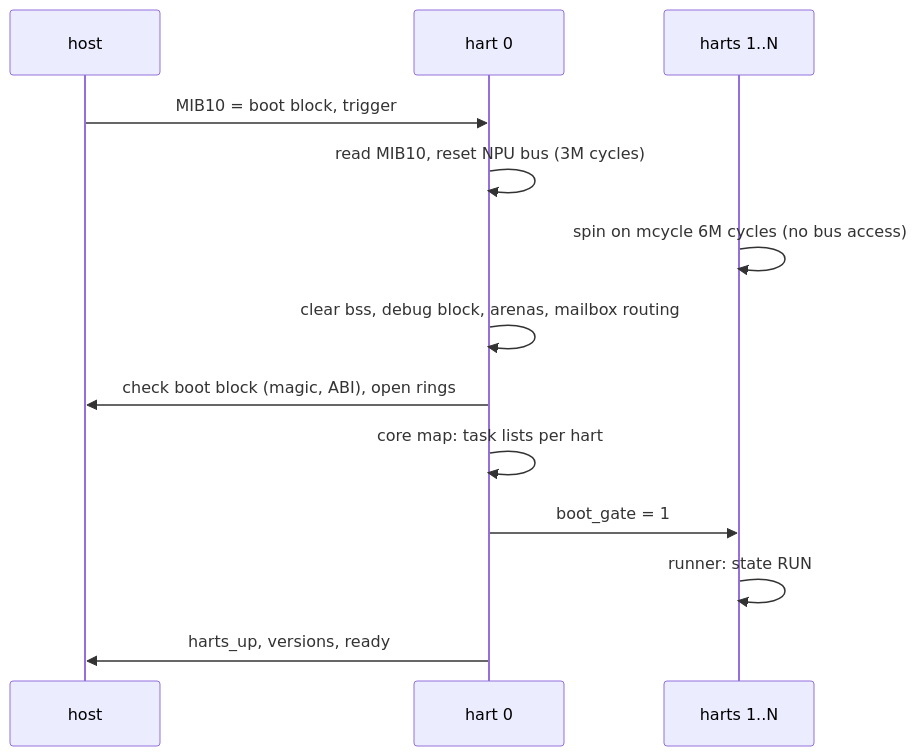
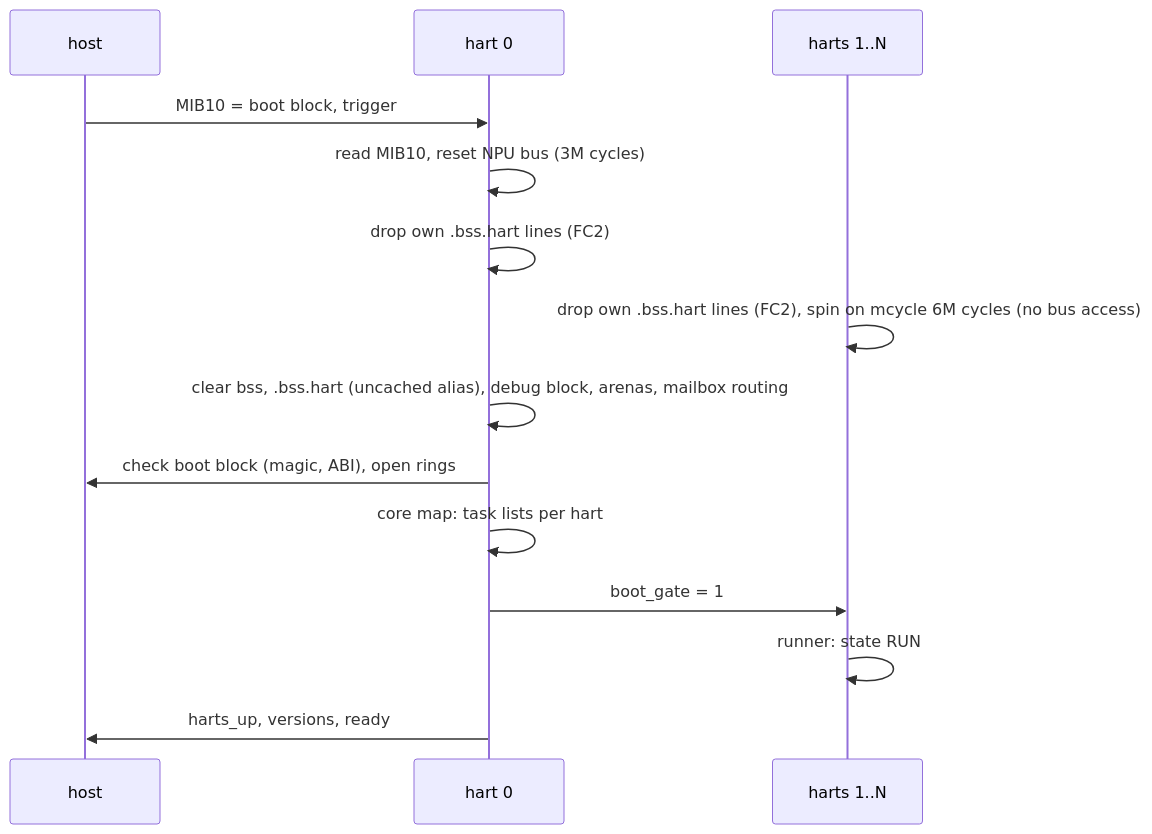
The first of 5 diagrams in docs/firmware.md (ClankerConstruction/LibrANPU), drawn with Mermaid before and after one commit. The commit also changed other lines of this file and 1 other file, not shown here.

````diff
--- a/docs/firmware.md
+++ b/docs/firmware.md
@@ -19,15 +20,16 @@
 ```mermaid
 sequenceDiagram
   participant H as host
   participant H0 as hart 0
   participant Hn as harts 1..N
   H->>H0: MIB10 = boot block, trigger
   H0->>H0: read MIB10, reset NPU bus (3M cycles)
-  Hn->>Hn: spin on mcycle 6M cycles (no bus access)
-  H0->>H0: clear bss, debug block, arenas, mailbox routing
+  H0->>H0: drop own .bss.hart lines (FC2)
+  Hn->>Hn: drop own .bss.hart lines (FC2), spin on mcycle 6M cycles (no bus access)
+  H0->>H0: clear bss, .bss.hart (uncached alias), debug block, arenas, mailbox routing
   H0->>H: check boot block (magic, ABI), open rings
   H0->>H0: core map: task lists per hart
   H0->>Hn: boot_gate = 1
   Hn->>Hn: runner: state RUN
   H0->>H: harts_up, versions, ready
 ```
````
